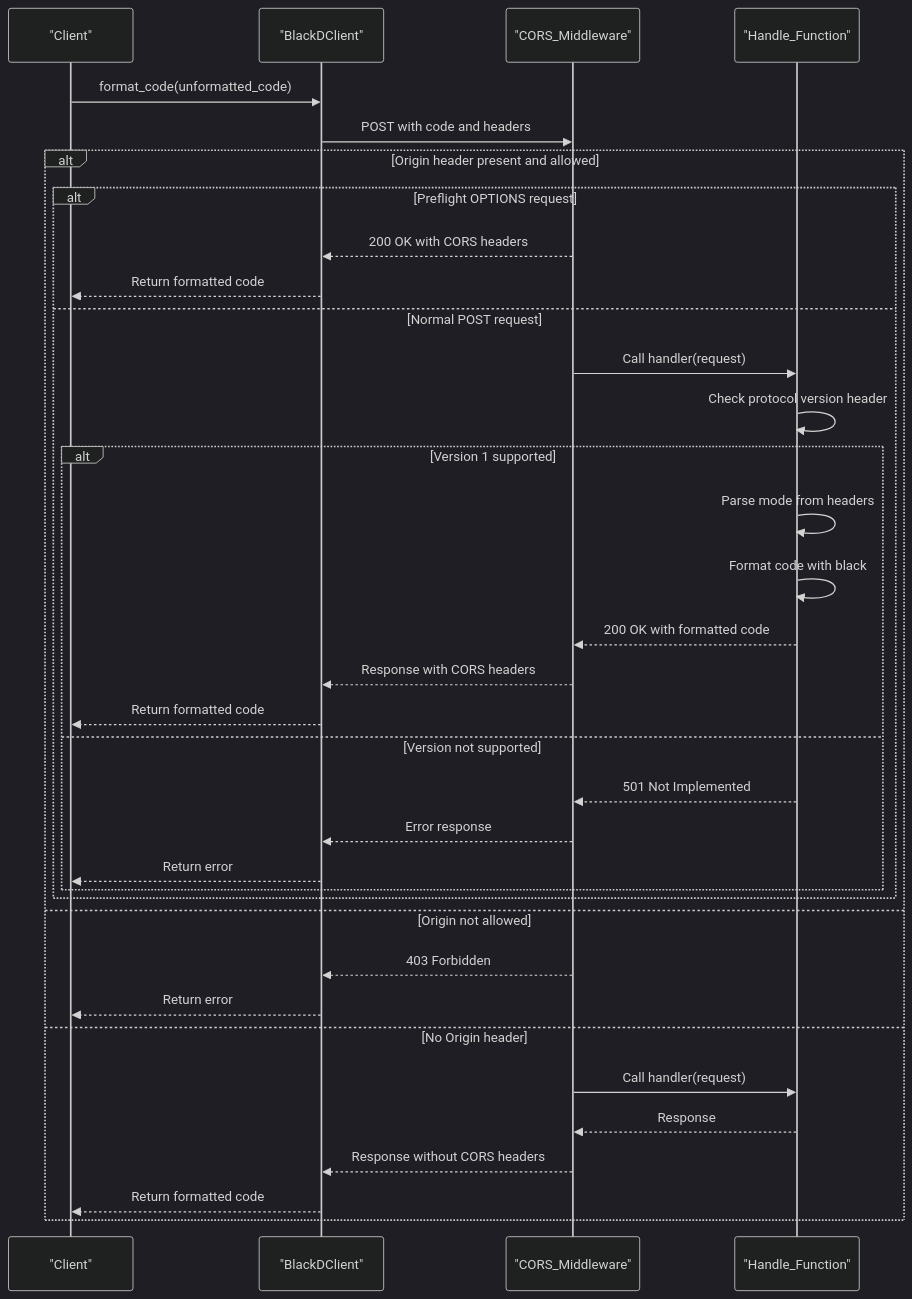
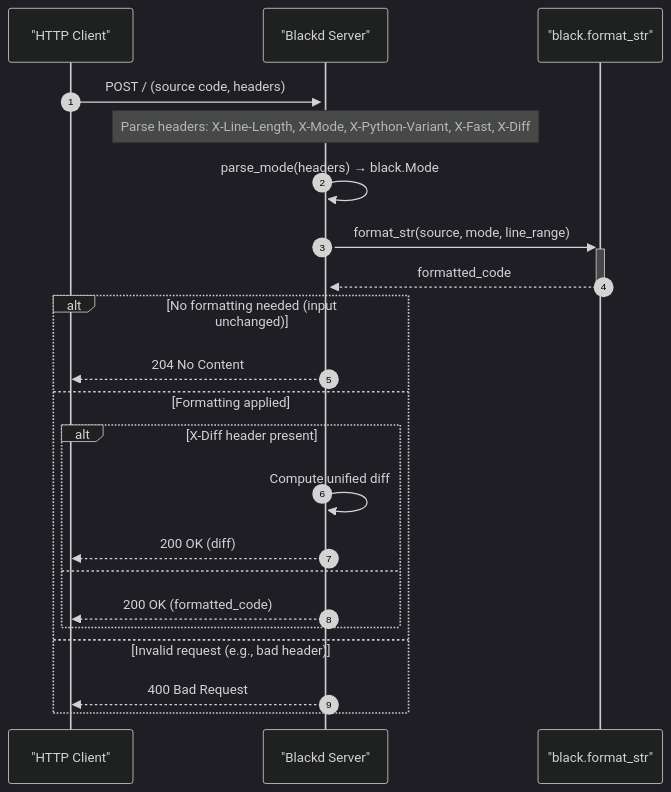
Before and after one commit to audoclyphia-evals/black: the diagram in API.md, drawn with Mermaid (dark theme). The commit also changed other lines of this file and 14 other files, not shown here.

Commit message:
Add octal normalization, Cache.clear(), Result predicates, inline infer_target_version helpers, and remove FileMode alias

````diff
--- a/API.md
+++ b/API.md
@@ -36,49 +195,28 @@
 ```mermaid
 sequenceDiagram
-    %% Sequence diagram for blackd HTTP server and client interaction
-    %% Based on Cluster_8 and Cluster_171 context
+    autonumber
+    participant Client as "HTTP Client"
+    participant BlackdServer as "Blackd Server"
+    participant BlackCore as "black.format_str"
 
-    participant Client as "Client"
-    participant BlackDClient as "BlackDClient"
-    participant CorsMiddleware as "CORS_Middleware"
-    participant HandleFunction as "Handle_Function"
+    %% Source: src/blackd/__init__.py defines handle and parse_mode (Context #4)
+    %% Source: src/black/__init__.py contains format_str (Context #2)
 
-    %% Client uses BlackDClient to send formatting request
-    Client->>BlackDClient: format_code(unformatted_code)
-    
-    %% BlackDClient sends HTTP POST to server with headers
-    BlackDClient->>CorsMiddleware: POST with code and headers
-    
-    %% CORS Middleware checks origin and handles preflight
-    alt Origin header present and allowed
-        alt Preflight OPTIONS request
-            CorsMiddleware-->>BlackDClient: 200 OK with CORS headers
-            BlackDClient-->>Client: Return formatted code
-        else Normal POST request
-            CorsMiddleware->>HandleFunction: Call handler(request)
-            
-            %% Handle function processes request
-            HandleFunction->>HandleFunction: Check protocol version header
-            
-            alt Version 1 supported
-                HandleFunction->>HandleFunction: Parse mode from headers
-                HandleFunction->>HandleFunction: Format code with black
-                HandleFunction-->>CorsMiddleware: 200 OK with formatted code
-                CorsMiddleware-->>BlackDClient: Response with CORS headers
-                BlackDClient-->>Client: Return formatted code
-            else Version not supported
-                HandleFunction-->>CorsMiddleware: 501 Not Implemented
-                CorsMiddleware-->>BlackDClient: Error response
-                BlackDClient-->>Client: Return error
-            end
+    Client->>+BlackdServer: POST / (source code, headers)
+    note over BlackdServer: Parse headers: X-Line-Length, X-Mode, X-Python-Variant, X-Fast, X-Diff
+    BlackdServer->>BlackdServer: parse_mode(headers) → black.Mode
+    BlackdServer->>+BlackCore: format_str(source, mode, line_range)
+    BlackCore-->>-BlackdServer: formatted_code
+    alt No formatting needed (input unchanged)
+        BlackdServer-->>Client: 204 No Content
+    else Formatting applied
+        alt X-Diff header present
+            BlackdServer->>BlackdServer: Compute unified diff
+            BlackdServer-->>Client: 200 OK (diff)
+        else
+            BlackdServer-->>Client: 200 OK (formatted_code)
         end
-    else Origin not allowed
-        CorsMiddleware-->>BlackDClient: 403 Forbidden
-        BlackDClient-->>Client: Return error
-    else No Origin header
-        CorsMiddleware->>HandleFunction: Call handler(request)
-        HandleFunction-->>CorsMiddleware: Response
-        CorsMiddleware-->>BlackDClient: Response without CORS headers
-        BlackDClient-->>Client: Return formatted code
+    else Invalid request (e.g., bad header)
+        BlackdServer-->>Client: 400 Bad Request
     end
 ```
````
